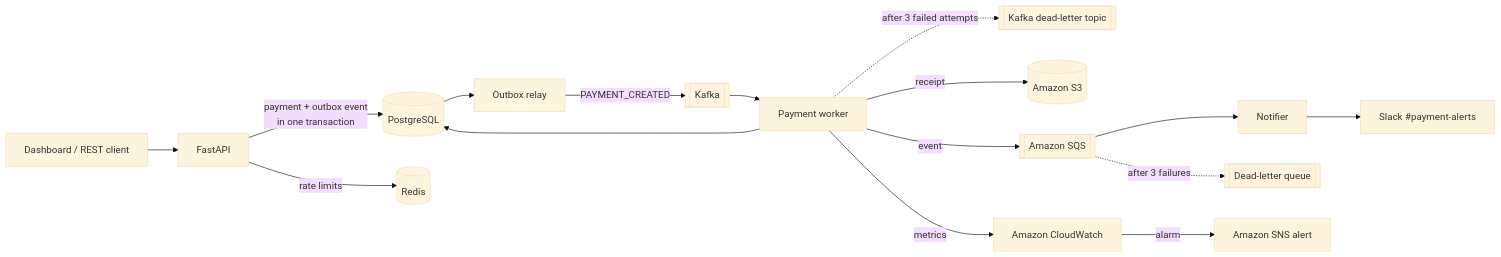
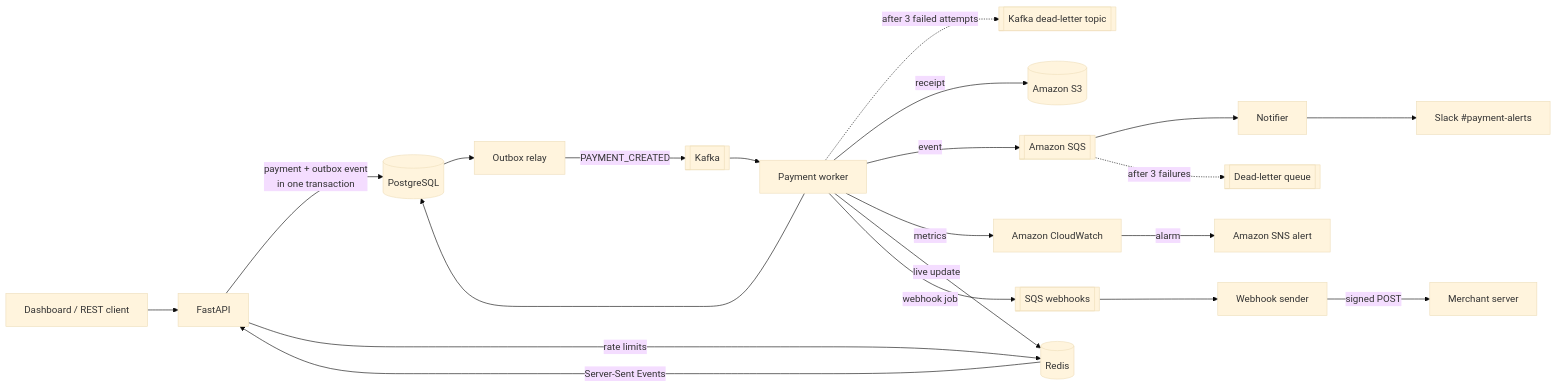
One commit to anuranganathan/LedgerFlow changed the diagram in README.md. Above: the diagram before and after it, drawn with Mermaid (base theme). The commit also changed other lines of this file and 20 other files, not shown here.

First line of the commit message:
feat: live dashboard updates and signed merchant webhooks

````diff
--- a/README.md
+++ b/README.md
@@ -11,18 +11,23 @@
 ```mermaid
 flowchart LR
     Client[Dashboard / REST client] --> API[FastAPI]
     API -- payment + outbox event<br/>in one transaction --> DB[(PostgreSQL)]
     API -- rate limits --> Cache[(Redis)]
     DB --> Relay[Outbox relay]
     Relay -- PAYMENT_CREATED --> Kafka[[Kafka]]
     Kafka --> Worker[Payment worker]
     Worker -. after 3 failed attempts .-> KDLQ[[Kafka dead-letter topic]]
     Worker --> DB
     Worker -- receipt --> S3[(Amazon S3)]
     Worker -- event --> SQS[[Amazon SQS]]
     Worker -- metrics --> CW[Amazon CloudWatch]
+    Worker -- live update --> Cache
+    Cache -- Server-Sent Events --> API
+    Worker -- webhook job --> WQ[[SQS webhooks]]
+    WQ --> Sender[Webhook sender]
+    Sender -- signed POST --> Shop[Merchant server]
     SQS --> Notifier[Notifier]
     Notifier --> Slack[Slack #payment-alerts]
     SQS -. after 3 failures .-> DLQ[[Dead-letter queue]]
     CW -- alarm --> SNS[Amazon SNS alert]
 ```
````
